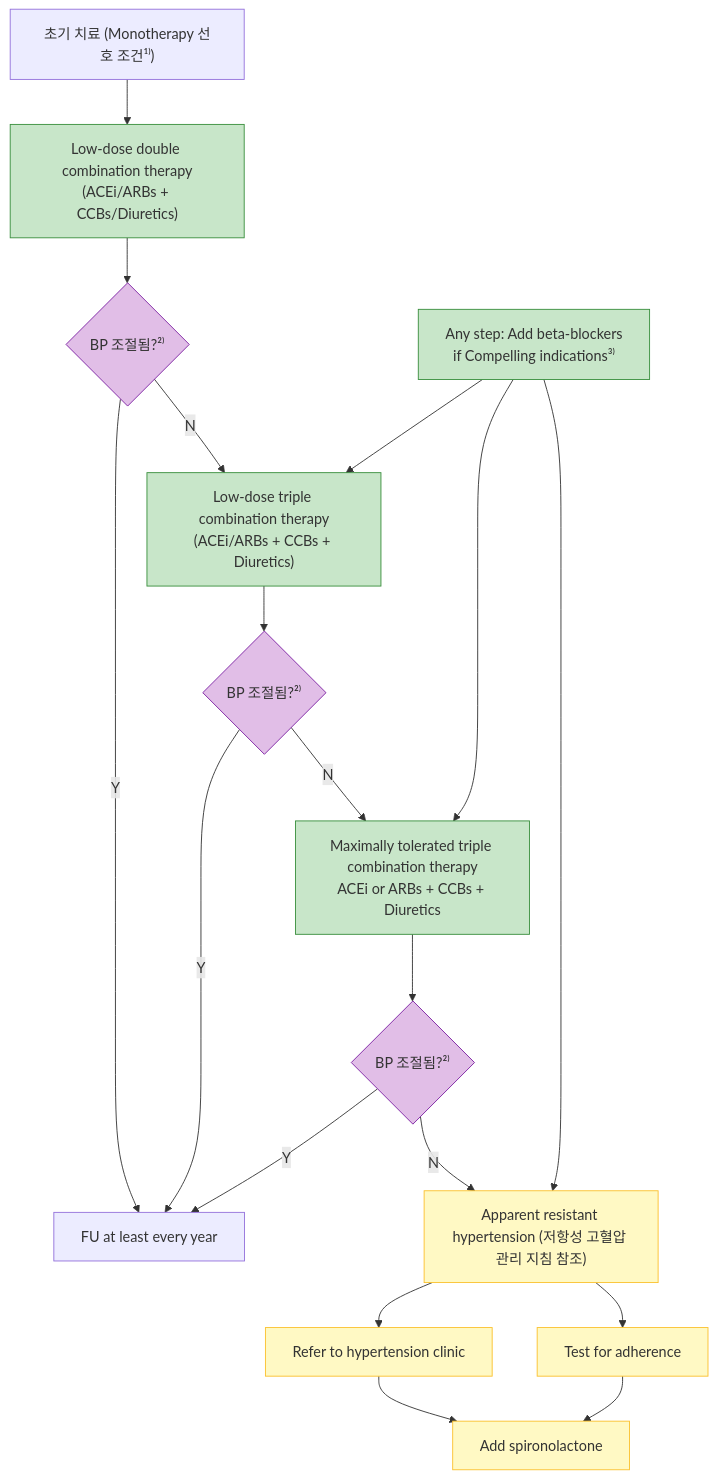
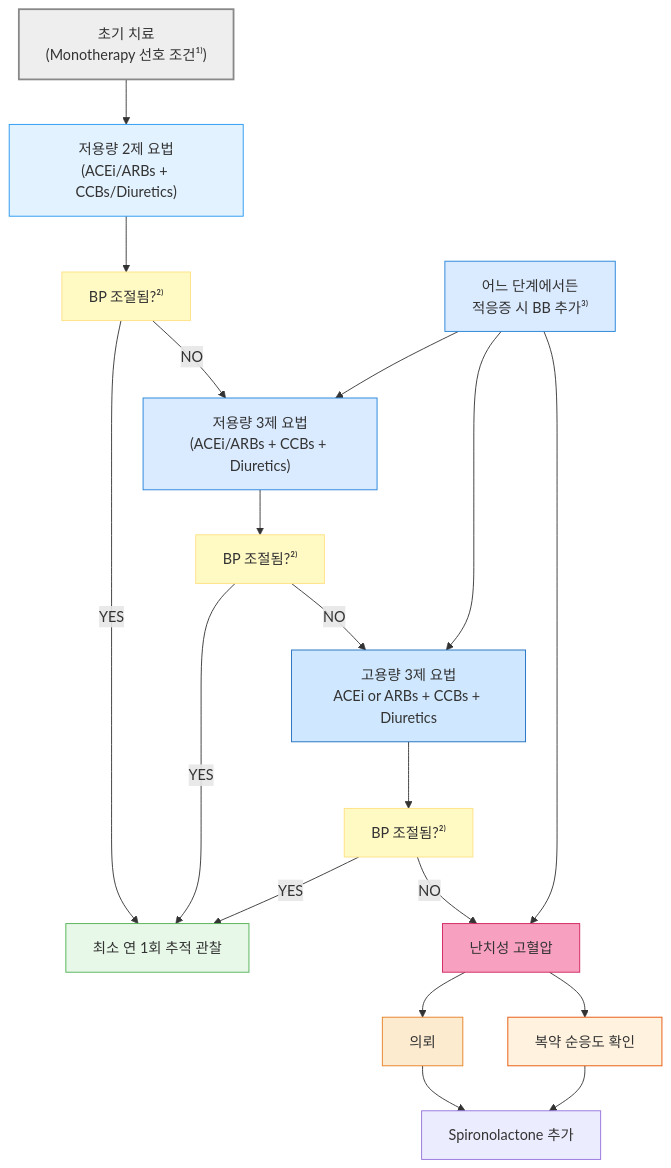
One commit to familyoh77/familyoh77 changed the fourth of 10 diagrams in 225_/095_-hypertension.md. Above: the diagram before and after it, drawn with Mermaid. The commit also changed other lines of this file, not shown here.

````diff
--- a/225_/095_-hypertension.md
+++ b/225_/095_-hypertension.md
@@ -904,51 +907,48 @@
 ```mermaid
 graph TD
-    Start["초기 치료 (Monotherapy 선호 조건¹⁾)"]
-    
-    T1["Low-dose double combination therapy<br/>(ACEi/ARBs + CCBs/Diuretics)"]
-    Check1{"BP 조절됨?²⁾"}
-    
-    T2["Low-dose triple combination therapy<br/>(ACEi/ARBs + CCBs + Diuretics)"]
-    Check2{"BP 조절됨?²⁾"}
-    
-    T3["Maximally tolerated triple combination therapy<br/>ACEi or ARBs + CCBs + Diuretics"]
-    Check3{"BP 조절됨?²⁾"}
-    
-    Resistant["Apparent resistant hypertension (저항성 고혈압 관리 지침 참조)"]
-    Action1["Refer to hypertension clinic"]
-    Action2["Test for adherence"]
-    Action3["Add spironolactone"]
-    
-    Beta["Any step: Add beta-blockers<br/>if Compelling indications³⁾"]
-    FU["FU at least every year"]
+    Start["초기 치료 <br/>(Monotherapy 선호 조건¹⁾)"]
+style Start fill:#eeeeee,stroke:#888888,stroke-width:2px
+    T1["저용량 2제 요법<br/>(ACEi/ARBs + CCBs/Diuretics)"]  
+    T2["저용량 3제 요법<br/>(ACEi/ARBs + CCBs + Diuretics)"]
+    T3["고용량 3제 요법<br/>ACEi or ARBs + CCBs + Diuretics"]
+style T1 fill:#e3f2ff,stroke:#2196f3
+style T2 fill:#daeaff,stroke:#1e80d9
+style T3 fill:#d0e8ff,stroke:#1a6abf
+    Check1["BP 조절됨?²⁾"]
+    Check2["BP 조절됨?²⁾"]
+    Check3["BP 조절됨?²⁾"]
+classDef yellow fill:#fff9c4,stroke:#ffe082
+class Check1,Check2,Check3 yellow
+    Resistant["난치성 고혈압"]
+style Resistant fill:#f8a0c0,stroke:#d01f5a
+    Action1["의뢰"]
+style Action1 fill:#fdebd0,stroke:#e67e22
+    Action2["복약 순응도 확인"]
+style Action2 fill:#fff3e0,stroke:#e65100
+    Action3["Spironolactone 추가"]
 
+    Beta["어느 단계에서든<br/>적응증 시 BB 추가³⁾"]
+style Beta fill:#daeaff,stroke:#1e80d9
+    FU["최소 연 1회 추적 관찰"]
+style FU fill:#e8f8e8,stroke:#4caf50
     Start --> T1
     T1 --> Check1
-    Check1 -- Y --> FU
-    Check1 -- N --> T2
+    Check1 -- YES --> FU
+    Check1 -- NO --> T2
     
     T2 --> Check2
-    Check2 -- Y --> FU
-    Check2 -- N --> T3
+    Check2 -- YES --> FU
+    Check2 -- NO --> T3
     
     T3 --> Check3
-    Check3 -- Y --> FU
-    Check3 -- N --> Resistant
+    Check3 -- YES --> FU
+    Check3 -- NO --> Resistant
     
     Resistant --> Action1
     Resistant --> Action2
     Action1 --> Action3
     Action2 --> Action3
-
     Beta --> T2
     Beta --> T3
     Beta --> Resistant
-
-    classDef treat fill:#c8e6c9,stroke:#388e3c;
-    classDef check fill:#e1bee7,stroke:#7b1fa2;
-    classDef res fill:#fff9c4,stroke:#fbc02d;
-    
-    class T1,T2,T3,Beta treat;
-    class Check1,Check2,Check3 check;
-    class Action1,Action2,Action3,Resistant res;
 ```
````
